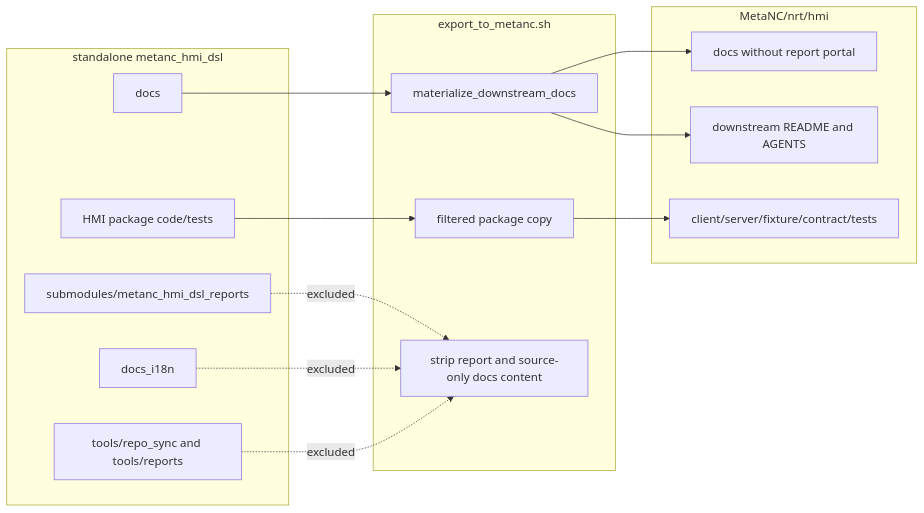
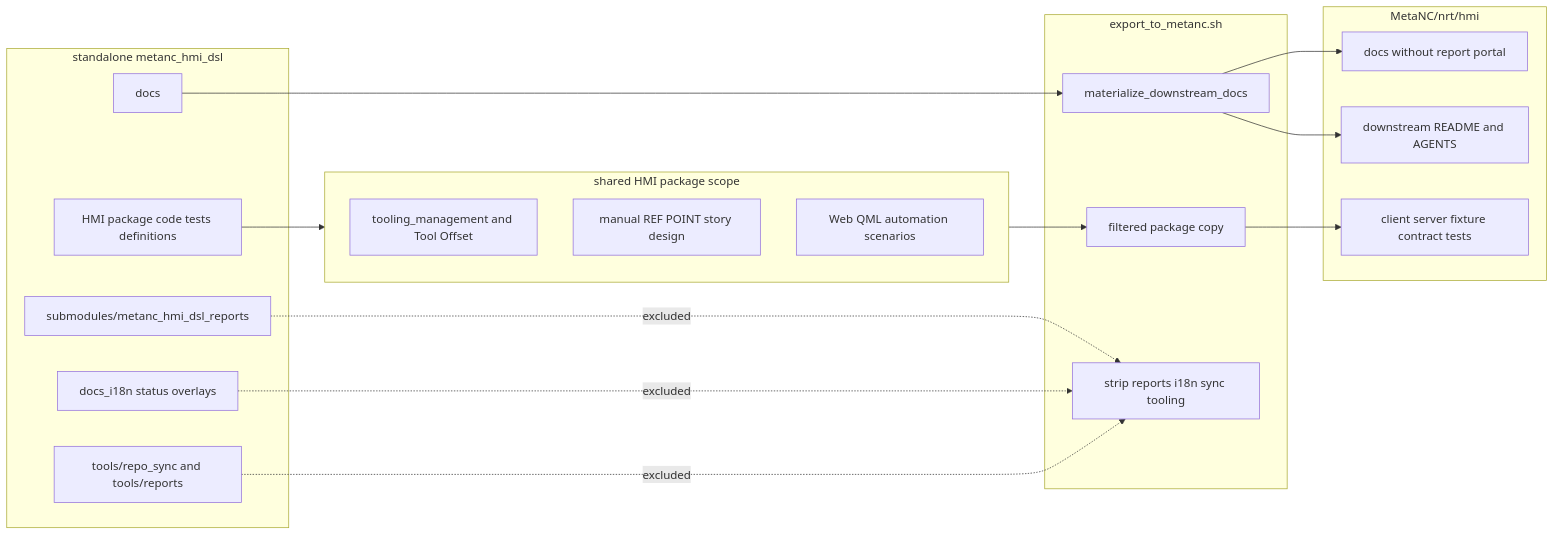
The diagram in 2026-05-25-codex-session/architecture-diagram.md (luppiterw/metanc_hmi_dsl_reports), drawn with Mermaid before and after one commit. The commit also changed 4 other files, not shown here.

Commit message:
docs: refresh 2026-05-25 HMI session report

````diff
--- a/2026-05-25-codex-session/architecture-diagram.md
+++ b/2026-05-25-codex-session/architecture-diagram.md
@@ -3,29 +3,35 @@
 ```mermaid
 flowchart LR
   subgraph source[standalone metanc_hmi_dsl]
     srcDocs[docs]
-    i18n[docs_i18n]
+    i18n[docs_i18n status overlays]
     reports[submodules/metanc_hmi_dsl_reports]
     sync[tools/repo_sync and tools/reports]
-    package[HMI package code/tests]
+    package[HMI package code tests definitions]
+  end
+
+  subgraph shared[shared HMI package scope]
+    tooling[tooling_management and Tool Offset]
+    reference[manual REF POINT story design]
+    automation[Web QML automation scenarios]
   end
 
   subgraph export[export_to_metanc.sh]
     copy[filtered package copy]
     materialize[materialize_downstream_docs]
-    strip[strip report and source-only docs content]
+    strip[strip reports i18n sync tooling]
   end
 
   subgraph downstream[MetaNC/nrt/hmi]
     downstreamDocs[docs without report portal]
     downstreamEntrypoints[downstream README and AGENTS]
-    downstreamPackage[client/server/fixture/contract/tests]
+    downstreamPackage[client server fixture contract tests]
   end
 
-  package --> copy --> downstreamPackage
+  package --> shared --> copy --> downstreamPackage
   srcDocs --> materialize --> downstreamDocs
   materialize --> downstreamEntrypoints
   reports -. excluded .-> strip
   i18n -. excluded .-> strip
   sync -. excluded .-> strip
 ```
````
